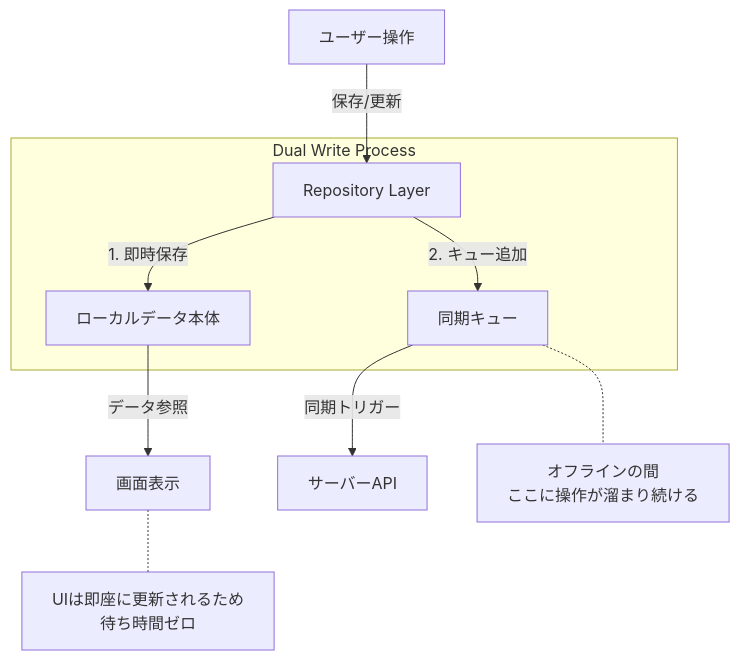
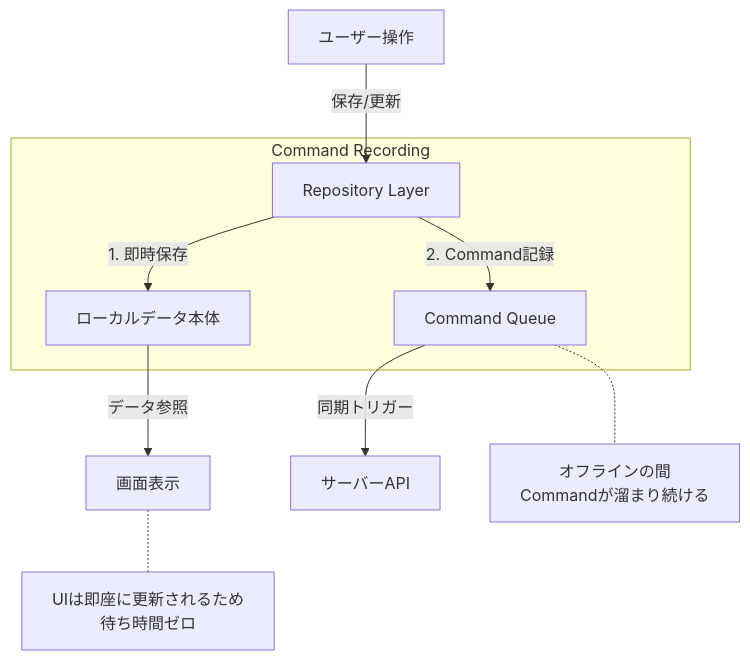
One commit to funayamateppei/local_bridge changed the second of 2 diagrams in TECHNICAL_ARTICLE.md. Above: the diagram before and after it, drawn with Mermaid. The commit also changed other lines of this file and 15 other files, not shown here.

````diff
--- a/TECHNICAL_ARTICLE.md
+++ b/TECHNICAL_ARTICLE.md
@@ -251,18 +293,18 @@
 ```mermaid
 graph TD
     User[ユーザー操作] -->|保存/更新| Repo[Repository Layer]
 
-    subgraph "Dual Write Process"
+    subgraph "Command Recording"
         Repo -->|1. 即時保存| LocalDB[ローカルデータ本体]
-        Repo -->|2. キュー追加| Queue[同期キュー]
+        Repo -->|2. Command記録| Queue[Command Queue]
     end
 
     LocalDB -->|データ参照| UI[画面表示]
     Queue -->|同期トリガー| Server[サーバーAPI]
 
     note1[UIは即座に更新されるため<br/>待ち時間ゼロ]
-    note2[オフラインの間<br/>ここに操作が溜まり続ける]
+    note2[オフラインの間<br/>Commandが溜まり続ける]
 
     UI -.- note1
     Queue -.- note2
 ```
````
